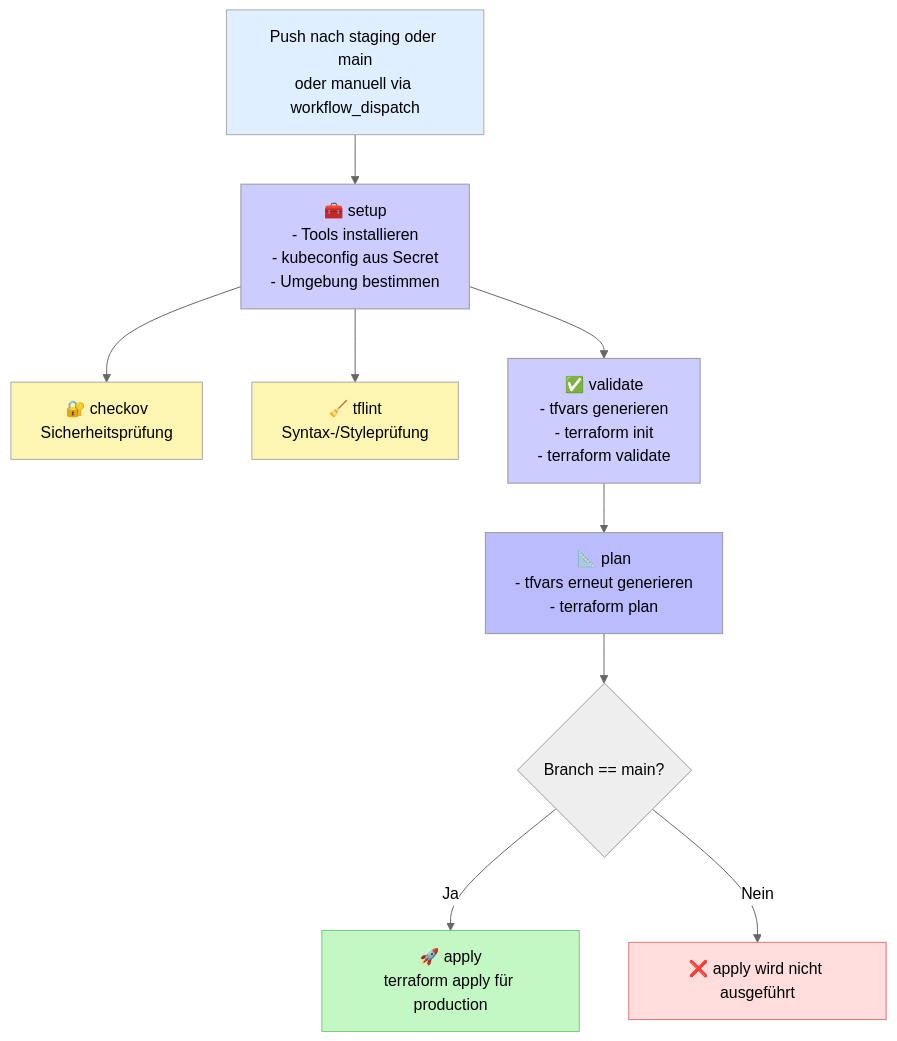
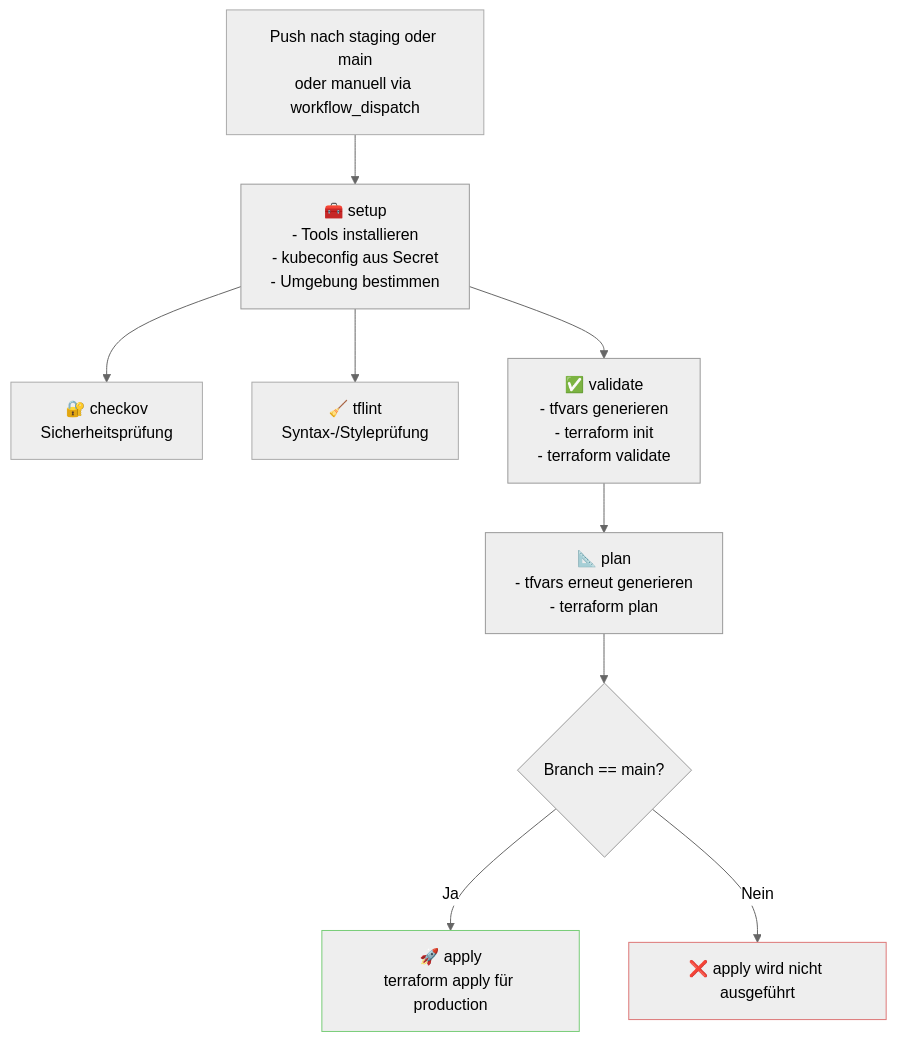
The diagram in README copy.md (ElMed05/iac-cicd-k8s-namespace), drawn with Mermaid (neutral theme) before and after one commit. The commit also changed other lines of this file and 1 other file, not shown here.

````diff
--- a/README copy.md
+++ b/README copy.md
@@ -21,47 +4,28 @@
 ```mermaid
 
 flowchart TD
     A[Push nach staging oder main<br>oder manuell via workflow_dispatch] --> B[🧰 setup<br>- Tools installieren<br>- kubeconfig aus Secret<br>- Umgebung bestimmen]
 
     B --> C[🔐 checkov<br>Sicherheitsprüfung]
     B --> D[🧹 tflint<br>Syntax-/Styleprüfung]
 
     B --> E[✅ validate<br>- tfvars generieren<br>- terraform init<br>- terraform validate]
 
     E --> F[📐 plan<br>- tfvars erneut generieren<br>- terraform plan]
 
     F --> G{Branch == main?}
     G -- Ja --> H[🚀 apply<br>terraform apply für production]
     G -- Nein --> I[❌ apply wird nicht ausgeführt]
 
-    style A fill:#dfefff,stroke:#aaa
-    style B fill:#ccf,stroke:#999
-    style C fill:#fdf6b2,stroke:#aaa
-    style D fill:#fdf6b2,stroke:#aaa
-    style E fill:#ccf,stroke:#999
-    style F fill:#bbf,stroke:#999
-    style G fill:#eee,stroke:#999
-    style H fill:#c3f7c3,stroke:#7c7
-    style I fill:#fdd,stroke:#d77
-
-
-
-
-
-
-
-
-
-
-
-
-
-
-
-
-
-
-
+    style A fill:,stroke:#aaa
+    style B fill:,stroke:#999
+    style C fill:#,stroke:#aaa
+    style D fill:#,stroke:#aaa
+    style E fill:#,stroke:#999
+    style F fill:#,stroke:#999
+    style G fill:#,stroke:#999
+    style H fill:#,stroke:#7c7
+    style I fill:#,stroke:#d77 
 
 
 ```
````
